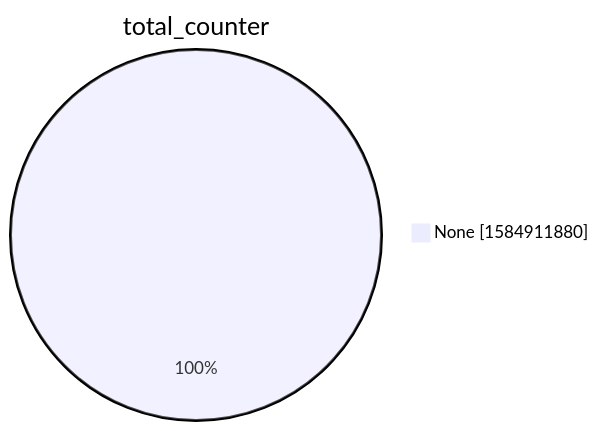
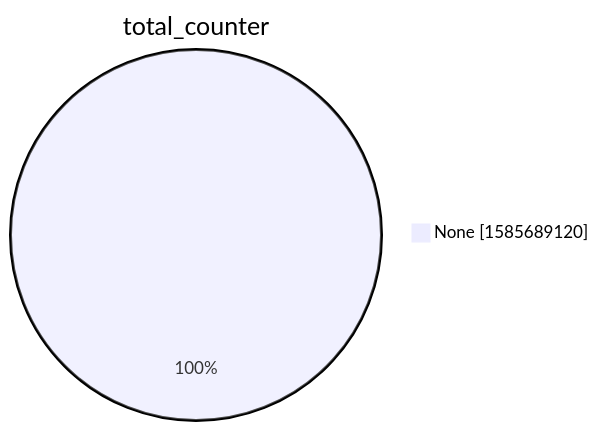
One commit to christiankrug/ctmonitor_visualization changed the second of 15 diagrams in xenon2022/README.md. Above: the diagram before and after it, drawn with Mermaid. The commit also changed other lines of this file, not shown here.

````diff
--- a/xenon2022/README.md
+++ b/xenon2022/README.md
@@ -9,5 +9,5 @@
 ```mermaid
 pie showData
 title total_counter
-"None" :1584911880
+"None" :1585689120
 ```
````
